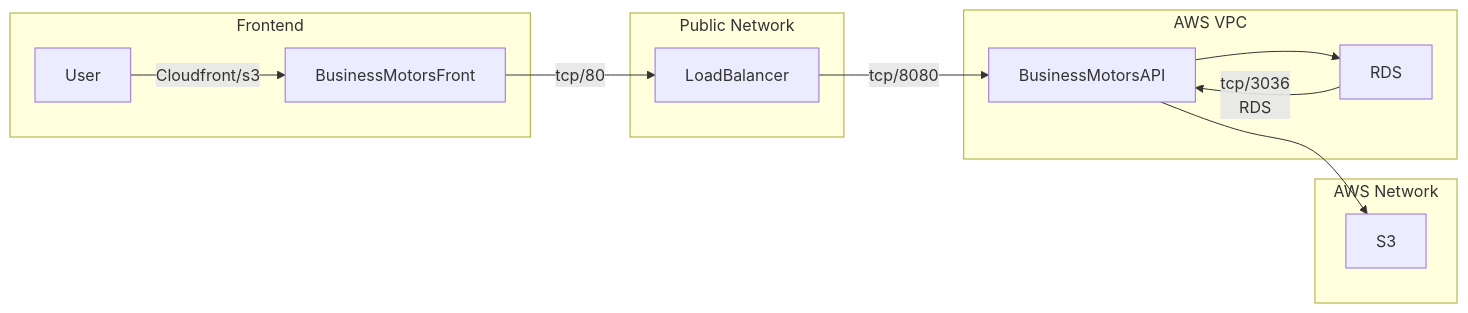
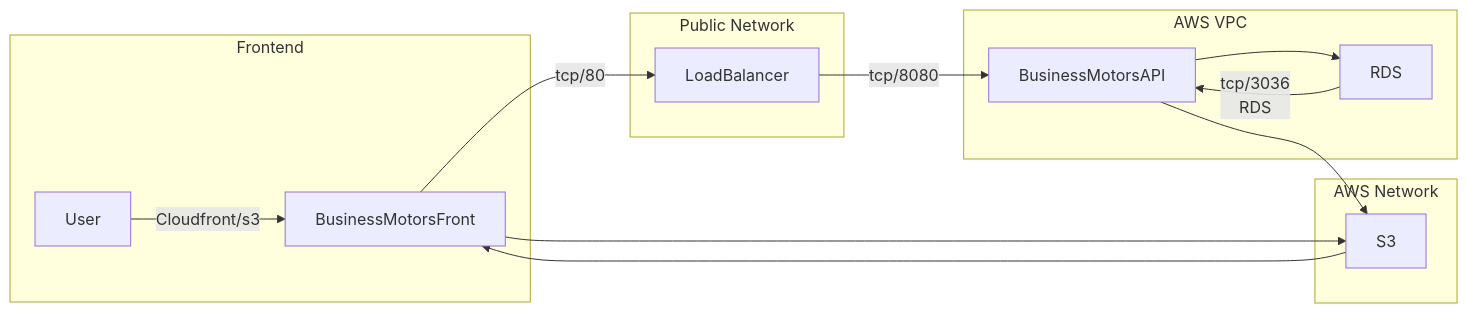
Before and after one commit to carlosviniciustenorio/BusinessMotors: the diagram in README.md, drawn with Mermaid. The commit also changed 2 other files, not shown here.

````diff
--- a/README.md
+++ b/README.md
@@ -25,24 +25,26 @@
 ``` mermaid
     flowchart LR
         subgraph Frontend
             User
             BusinessMotorsFront
         end
         subgraph Public Network
             LoadBalancer
         end
         subgraph AWS VPC
             BusinessMotorsAPI
             RDS
         end
 
         subgraph AWS Network
             S3
         end
 
         User--Cloudfront/s3 --> BusinessMotorsFront
         BusinessMotorsFront--tcp/80 --> LoadBalancer
         LoadBalancer--tcp/8080 --> BusinessMotorsAPI --> S3
         BusinessMotorsAPI --> RDS--tcp/3036
         RDS --> BusinessMotorsAPI
+        BusinessMotorsFront --> S3
+        S3 --> BusinessMotorsFront
 ```
````
